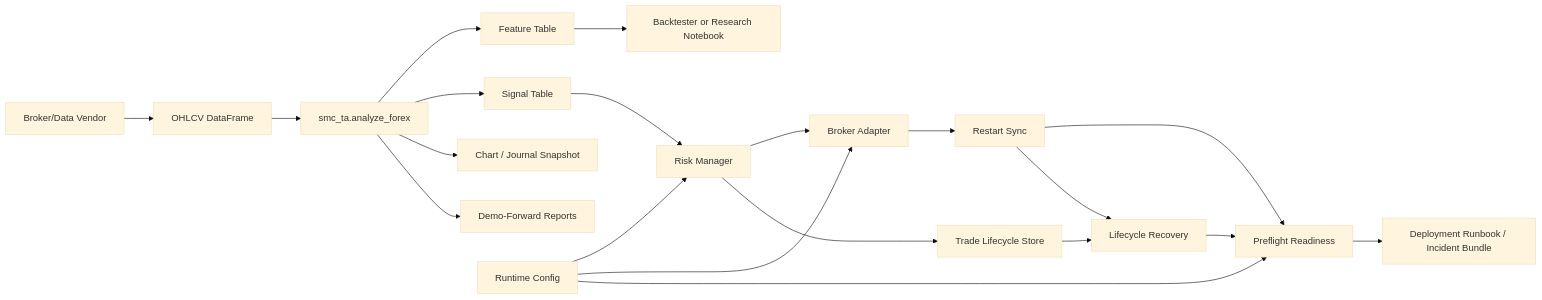
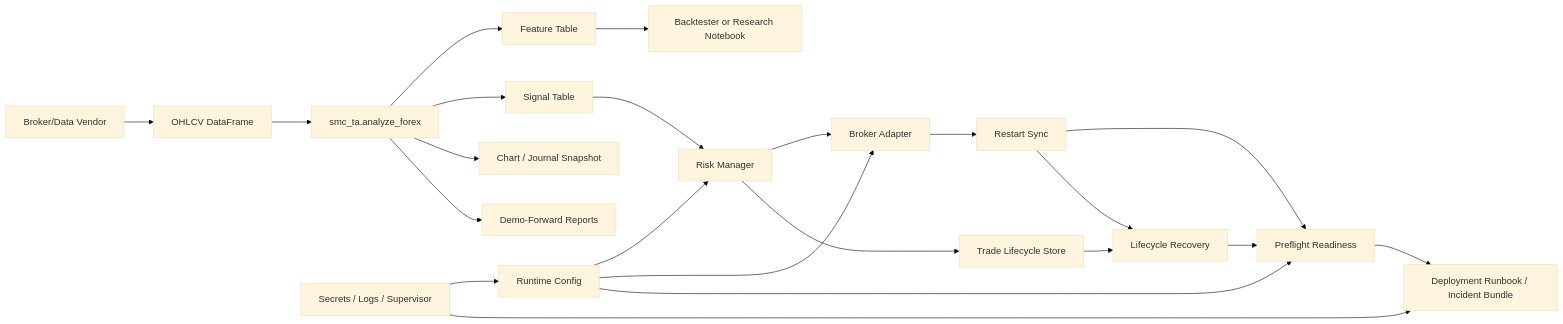
The diagram in docs/BOT_INTEGRATION.md (primebdsm/smcandta), drawn with Mermaid (base theme) before and after one commit. The commit also changed other lines of this file and 17 other files, not shown here.

````diff
--- a/docs/BOT_INTEGRATION.md
+++ b/docs/BOT_INTEGRATION.md
@@ -5,22 +5,24 @@
 ```mermaid
 flowchart LR
   A["Broker/Data Vendor"] --> B["OHLCV DataFrame"]
   B --> C["smc_ta.analyze_forex"]
   C --> D["Feature Table"]
   C --> E["Signal Table"]
   D --> F["Backtester or Research Notebook"]
   E --> G["Risk Manager"]
   G --> H["Broker Adapter"]
   G --> J["Trade Lifecycle Store"]
   C --> I["Chart / Journal Snapshot"]
   C --> N["Demo-Forward Reports"]
   K["Runtime Config"] --> G
   K --> H
   K --> L["Preflight Readiness"]
   H --> M["Restart Sync"]
   M --> L
   J --> O["Lifecycle Recovery"]
   M --> O
   O --> L
   L --> P["Deployment Runbook / Incident Bundle"]
+  Q["Secrets / Logs / Supervisor"] --> K
+  Q --> P
 ```
````
